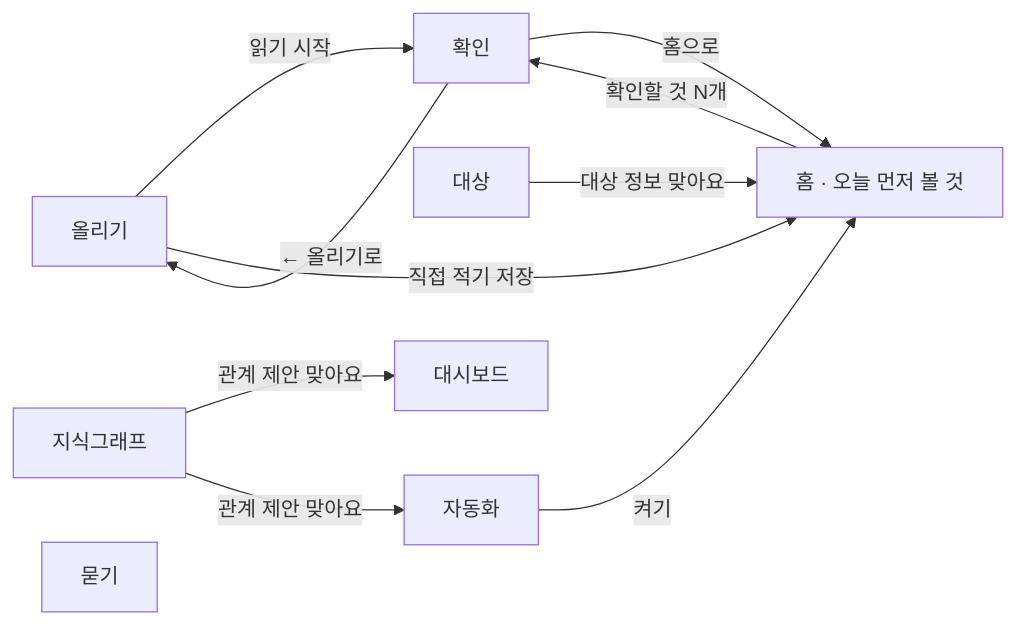
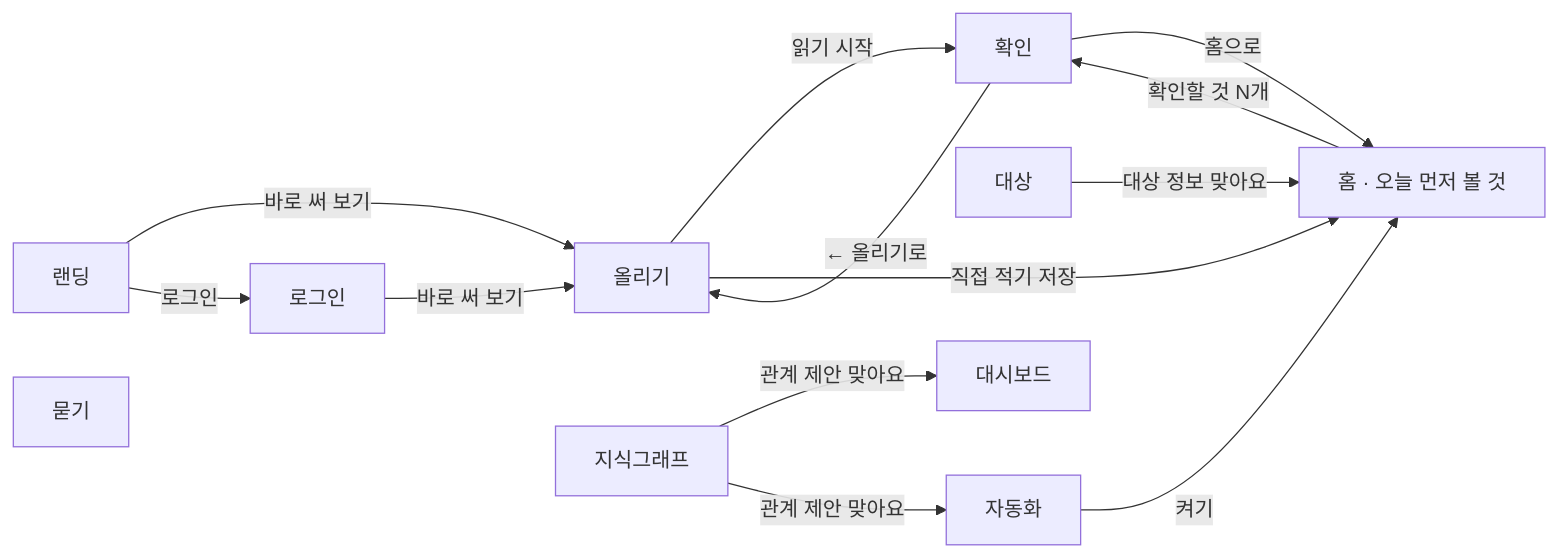
The diagram in PRD.md (Seunghun789/papersolve), drawn with Mermaid before and after one commit. The commit also changed other lines of this file and 9 other files, not shown here.

````diff
--- a/PRD.md
+++ b/PRD.md
@@ -120,13 +122,16 @@
 ```mermaid
 flowchart LR
+  W0["랜딩"] -->|"바로 써 보기"| W1
+  W0 -->|"로그인"| W9["로그인"]
+  W9 -->|"바로 써 보기"| W1
   W1["올리기"] -->|"읽기 시작"| W2["확인"]
   W1 -->|"직접 적기 저장"| W3
   W2 -->|"← 올리기로"| W1
   W2 -->|"홈으로"| W3["홈 · 오늘 먼저 볼 것"]
   W3 -->|"확인할 것 N개"| W2
   W8["대상"] -->|"대상 정보 맞아요"| W3
   W5["지식그래프"] -->|"관계 제안 맞아요"| W6["대시보드"]
   W5 -->|"관계 제안 맞아요"| W7["자동화"]
   W7 -->|"켜기"| W3
   W4["묻기"]
 ```
````
